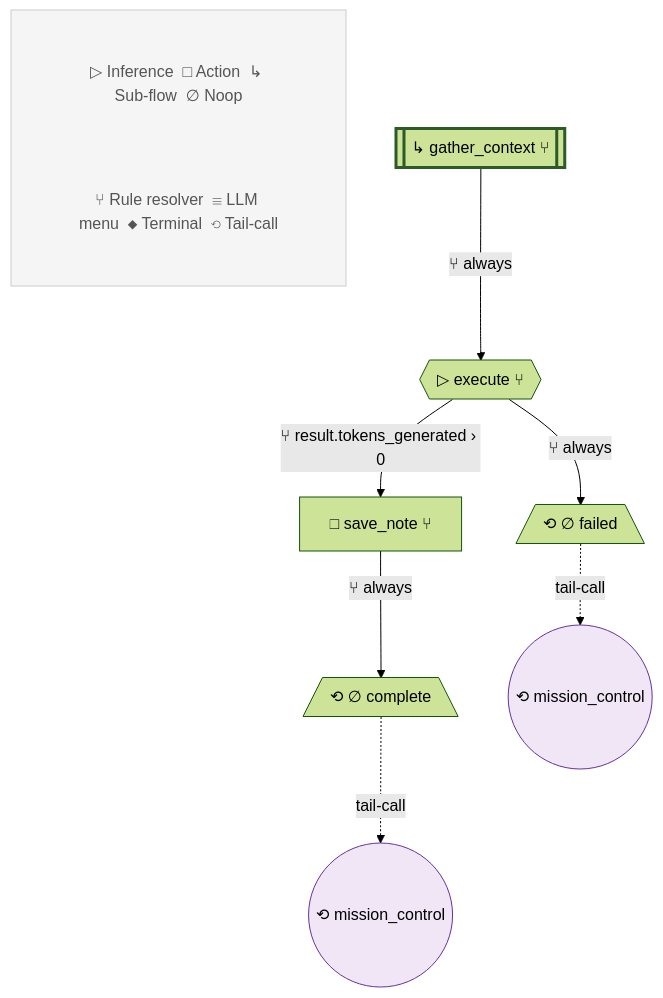
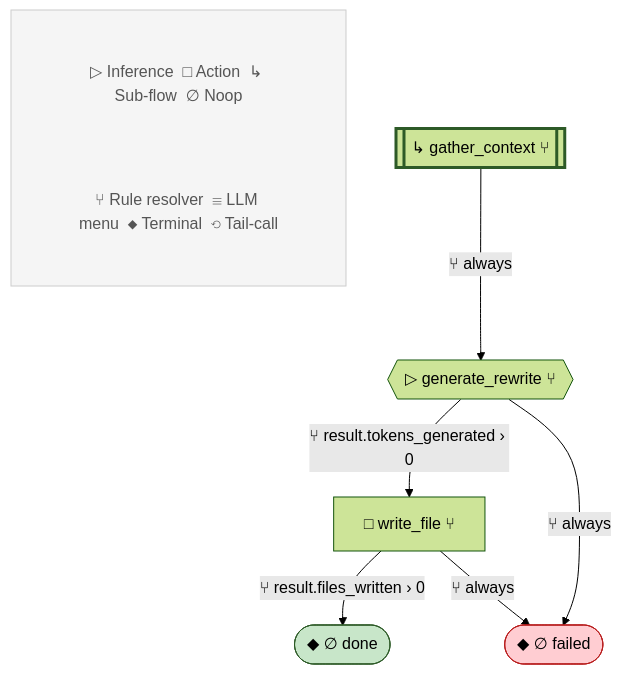
One commit to lah-rb/ouroboros changed diagram 14 of 17 in blueprint.md. Above: the diagram before and after it, drawn with Mermaid (forest theme). The commit also changed other lines of this file and 355 other files, not shown here.

````diff
--- a/blueprint.md
+++ b/blueprint.md
@@ -1245,32 +1097,29 @@
 ```mermaid
 flowchart TD
-    %% retrospective v5
+    %% rewrite v2
 
     subgraph Legend[" "]
         L1["▷ Inference  □ Action  ↳ Sub-flow  ∅ Noop"]
         L2["⑂ Rule resolver  ☰ LLM menu  ◆ Terminal  ⟲ Tail-call"]
     end
     style Legend fill:#f5f5f5,stroke:#ccc,stroke-width:1px
     style L1 fill:#f5f5f5,stroke:none,color:#555
     style L2 fill:#f5f5f5,stroke:none,color:#555
 
     gather_context[["↳ gather_context ⑂"]]
-    execute{{"▷ execute ⑂"}}
-    save_note["□ save_note ⑂"]
-    complete[/"⟲ ∅ complete"\]
-    failed[/"⟲ ∅ failed"\]
+    generate_rewrite{{"▷ generate_rewrite ⑂"}}
+    write_file["□ write_file ⑂"]
+    done(["◆ ∅ done"])
+    failed(["◆ ∅ failed"])
 
     style gather_context stroke-width:3px,stroke:#2d5a27
 
-    gather_context -->|⑂ always| execute
-    execute -->|⑂ result.tokens_generated › 0| save_note
-    execute -->|⑂ always| failed
-    save_note -->|⑂ always| complete
-    tc_complete(("⟲ mission_control"))
-    style tc_complete fill:#f0e6f6,stroke:#663399
-    complete -.->|tail-call| tc_complete
-    tc_failed(("⟲ mission_control"))
-    style tc_failed fill:#f0e6f6,stroke:#663399
-    failed -.->|tail-call| tc_failed
+    gather_context -->|⑂ always| generate_rewrite
+    generate_rewrite -->|⑂ result.tokens_generated › 0| write_file
+    generate_rewrite -->|⑂ always| failed
+    write_file -->|⑂ result.files_written › 0| done
+    write_file -->|⑂ always| failed
 
+    style done fill:#c8e6c9,stroke:#2d5a27
+    style failed fill:#ffcdd2,stroke:#b71c1c
 ```
````
